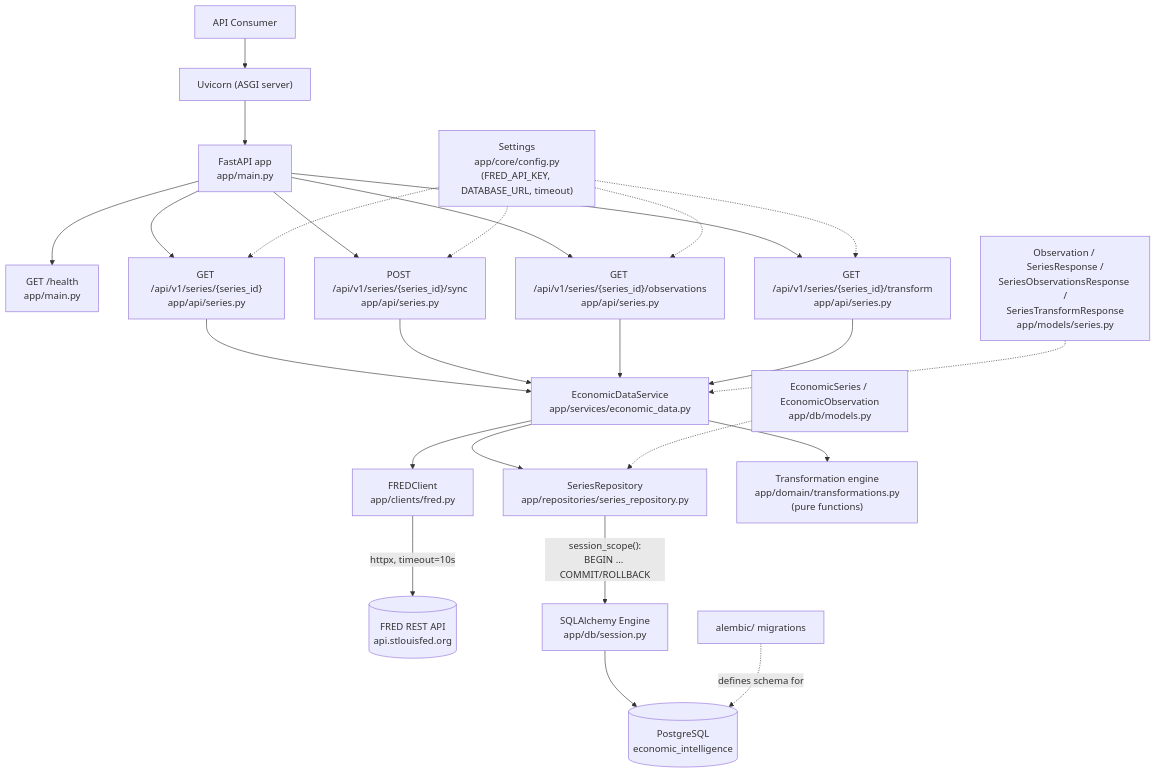
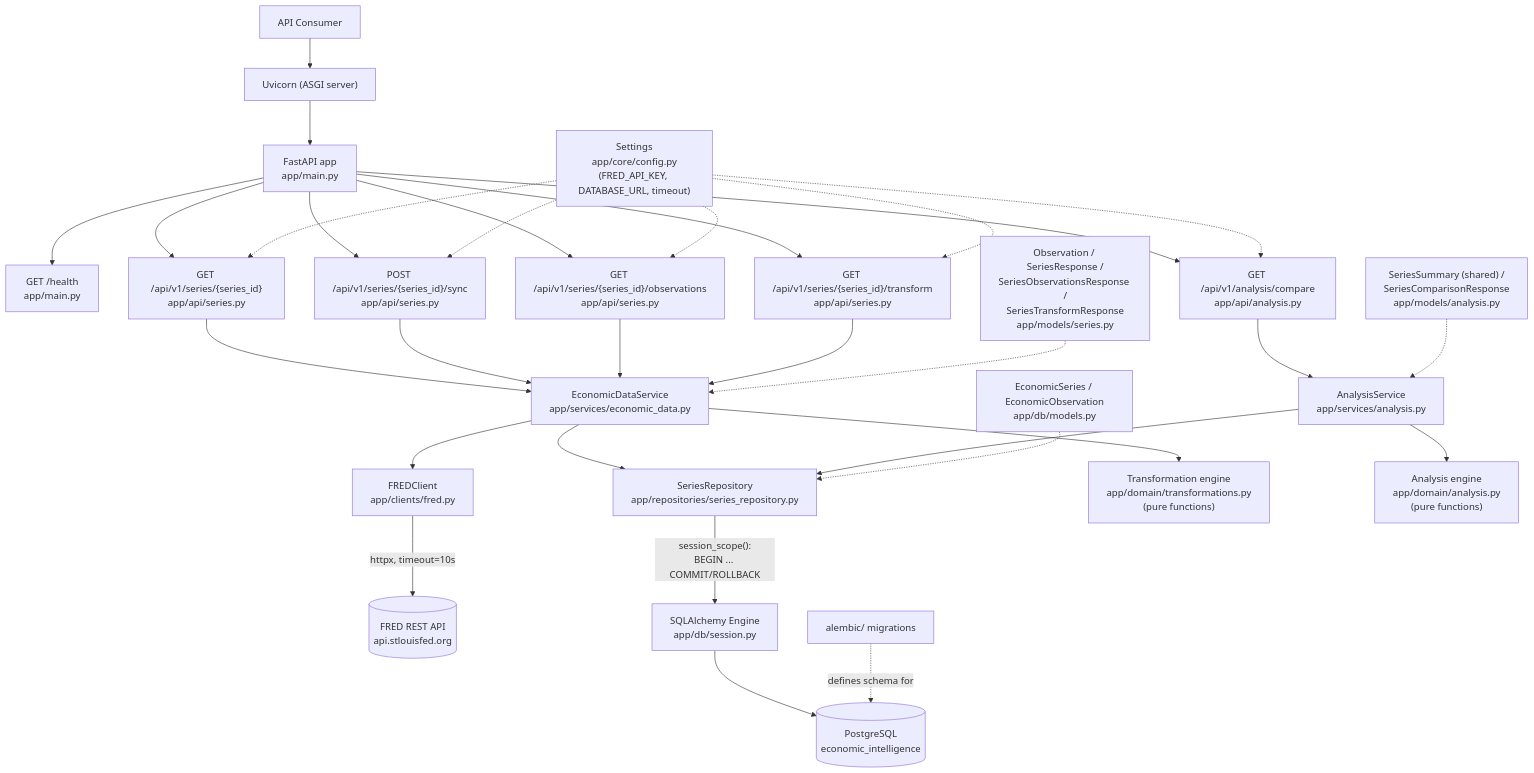
The diagram in docs/architecture/current-architecture.md (JerrodMcHenry/economic-intelligence), drawn with Mermaid before and after one commit. The commit also changed other lines of this file and 9 other files, not shown here.

Commit message:
feat: add multi-series analysis engine

````diff
--- a/docs/architecture/current-architecture.md
+++ b/docs/architecture/current-architecture.md
@@ -27,32 +30,38 @@
 ```mermaid
 graph TD
     Consumer["API Consumer"] --> Uvicorn["Uvicorn (ASGI server)"]
     Uvicorn --> App["FastAPI app<br/>app/main.py"]
 
     App --> Health["GET /health<br/>app/main.py"]
     App --> GetRoute["GET /api/v1/series/{series_id}<br/>app/api/series.py"]
     App --> SyncRoute["POST /api/v1/series/{series_id}/sync<br/>app/api/series.py"]
     App --> ObsRoute["GET /api/v1/series/{series_id}/observations<br/>app/api/series.py"]
     App --> TransformRoute["GET /api/v1/series/{series_id}/transform<br/>app/api/series.py"]
+    App --> CompareRoute["GET /api/v1/analysis/compare<br/>app/api/analysis.py"]
 
     GetRoute --> Service["EconomicDataService<br/>app/services/economic_data.py"]
     SyncRoute --> Service
     ObsRoute --> Service
     TransformRoute --> Service
+    CompareRoute --> AnalysisSvc["AnalysisService<br/>app/services/analysis.py"]
 
     Service --> Client["FREDClient<br/>app/clients/fred.py"]
     Service --> Repo["SeriesRepository<br/>app/repositories/series_repository.py"]
     Service --> Engine["Transformation engine<br/>app/domain/transformations.py<br/>(pure functions)"]
+    AnalysisSvc --> Repo
+    AnalysisSvc --> AnalysisEngine["Analysis engine<br/>app/domain/analysis.py<br/>(pure functions)"]
 
     Client -->|"httpx, timeout=10s"| FRED[("FRED REST API<br/>api.stlouisfed.org")]
     Repo -->|"session_scope():<br/>BEGIN ... COMMIT/ROLLBACK"| Orm["SQLAlchemy Engine<br/>app/db/session.py"]
     Orm --> PG[("PostgreSQL<br/>economic_intelligence")]
 
     Config["Settings<br/>app/core/config.py<br/>(FRED_API_KEY, DATABASE_URL, timeout)"] -.-> GetRoute
     Config -.-> SyncRoute
     Config -.-> ObsRoute
     Config -.-> TransformRoute
+    Config -.-> CompareRoute
     Models["Observation / SeriesResponse /<br/>SeriesObservationsResponse /<br/>SeriesTransformResponse<br/>app/models/series.py"] -.-> Service
+    AnalysisModels["SeriesSummary (shared) /<br/>SeriesComparisonResponse<br/>app/models/analysis.py"] -.-> AnalysisSvc
     OrmModels["EconomicSeries / EconomicObservation<br/>app/db/models.py"] -.-> Repo
     Alembic["alembic/ migrations"] -.->|"defines schema for"| PG
 ```
````
